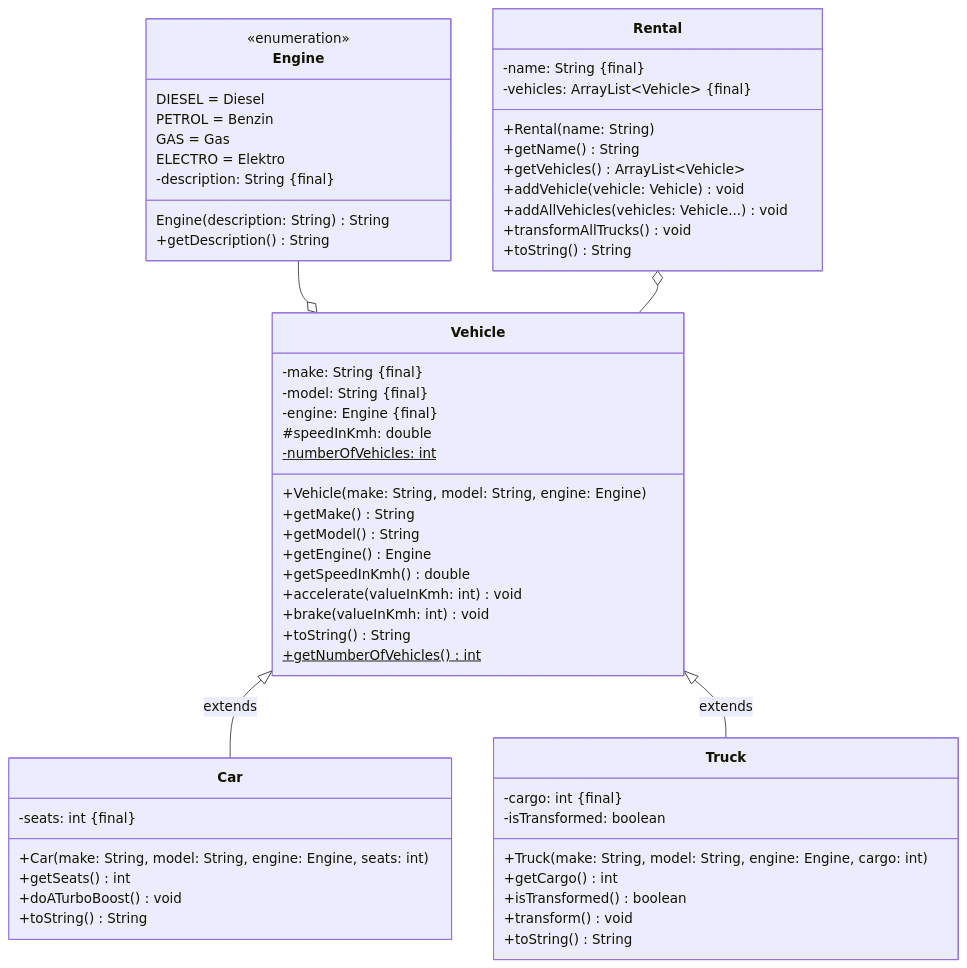
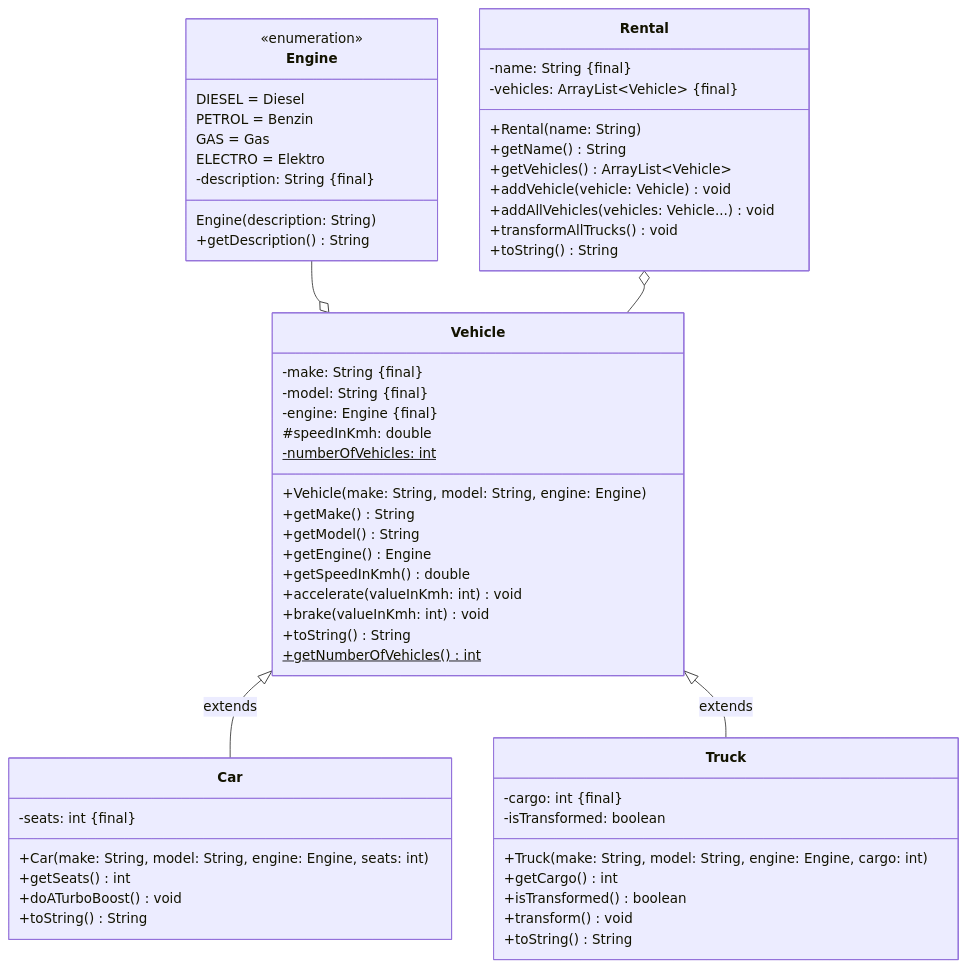
Before and after one commit to jappuccini/java-docs: the diagram in docs/exercises/polymorphism/polymorphism03.mdx, drawn with Mermaid. The commit also changed 23 other files, not shown here.

````diff
--- a/docs/exercises/polymorphism/polymorphism03.mdx
+++ b/docs/exercises/polymorphism/polymorphism03.mdx
@@ -16,65 +16,65 @@
 ```mermaid
 classDiagram
     Vehicle <|-- Car : extends
     Vehicle <|-- Truck : extends
     Engine --o Vehicle
     Rental o-- Vehicle
 
     class Vehicle {
         -make: String #123;final#125;
         -model: String #123;final#125;
         -engine: Engine #123;final#125;
         #speedInKmh: double
         -numberOfVehicles: int$
         +Vehicle(make: String, model: String, engine: Engine)
         +getMake() String
         +getModel() String
         +getEngine() Engine
         +getSpeedInKmh() double
         +accelerate(valueInKmh: int) void
         +brake(valueInKmh: int) void
         +toString() String
         +getNumberOfVehicles()$ int
     }
 
     class Engine {
         <<enumeration>>
         DIESEL = Diesel
         PETROL = Benzin
         GAS = Gas
         ELECTRO = Elektro
         -description: String #123;final#125;
-        Engine(description: String) String
+        Engine(description: String)
         +getDescription() String
     }
 
     class Car {
         -seats: int #123;final#125;
         +Car(make: String, model: String, engine: Engine, seats: int)
         +getSeats() int
         +doATurboBoost() void
         +toString() String
     }
 
     class Truck {
         -cargo: int #123;final#125;
         -isTransformed: boolean
         +Truck(make: String, model: String, engine: Engine, cargo: int)
         +getCargo() int
         +isTransformed() boolean
         +transform() void
         +toString() String
     }
 
     class Rental {
         -name: String #123;final#125;
         -vehicles: ArrayList~Vehicle~ #123;final#125;
         +Rental(name: String)
         +getName() String
         +getVehicles() ArrayList~Vehicle~
         +addVehicle(vehicle: Vehicle) void
         +addAllVehicles(vehicles: Vehicle...) void
         +transformAllTrucks() void
         +toString() String
     }
 ```
````
